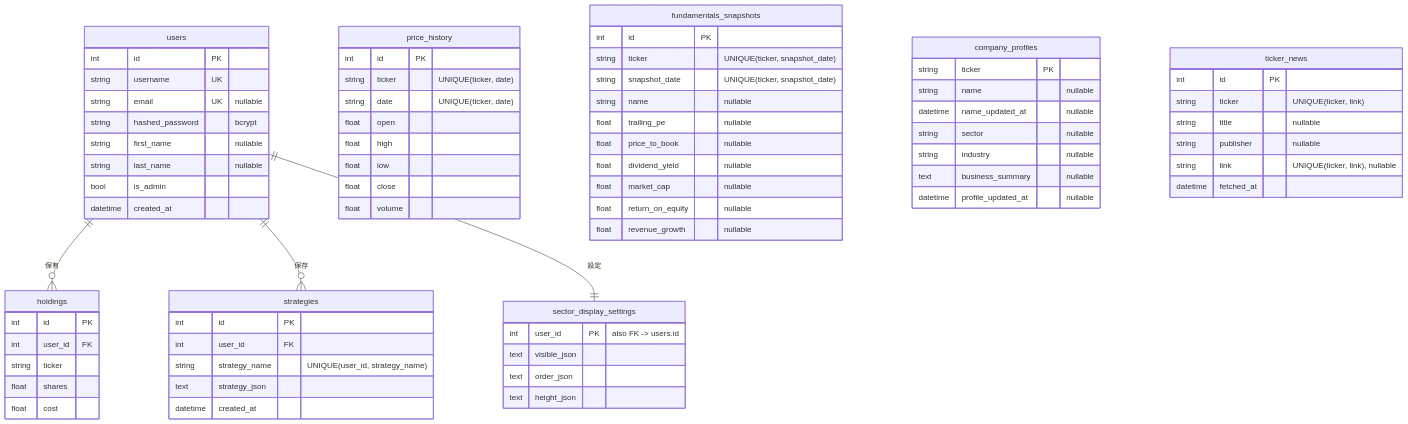
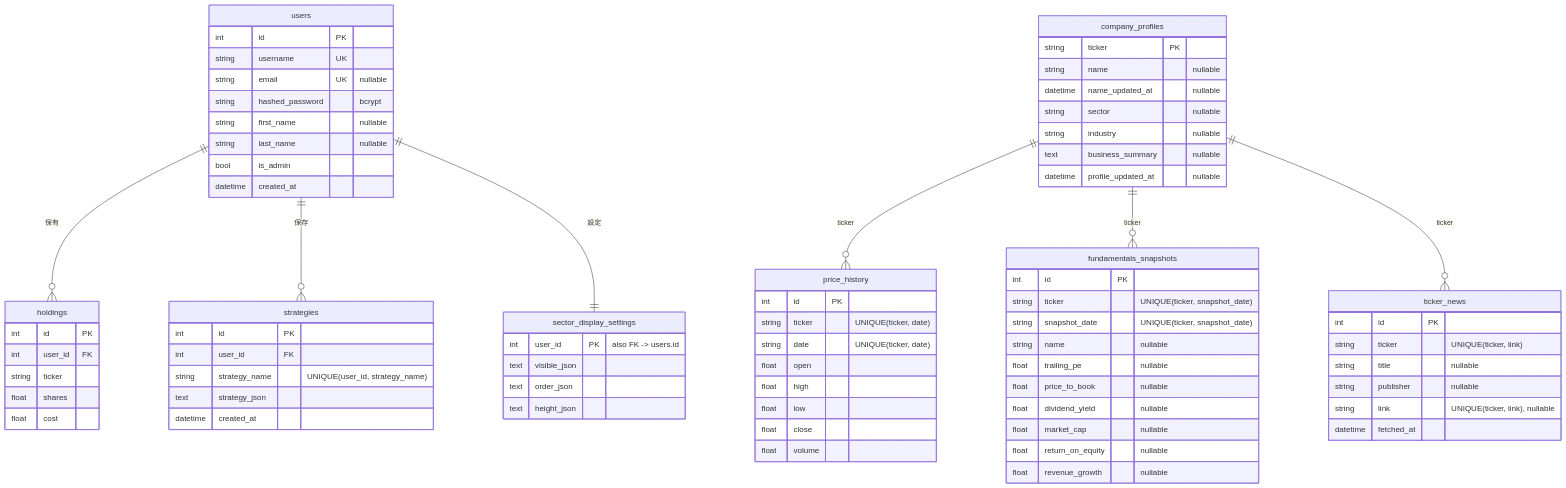
One commit to duwenji/ai-stock-investing-tutorial changed diagram 11 of 11 in app/docs/app-design.md. Above: the diagram before and after it, drawn with Mermaid. The commit also changed other lines of this file, not shown here.

Commit message:
docs: describe the company_profiles foreign key and its migration

````diff
--- a/app/docs/app-design.md
+++ b/app/docs/app-design.md
@@ -967,76 +967,79 @@
 ```mermaid
 erDiagram
     users ||--o{ holdings : "保有"
     users ||--o{ strategies : "保存"
     users ||--|| sector_display_settings : "設定"
+    company_profiles ||--o{ price_history : "ticker"
+    company_profiles ||--o{ fundamentals_snapshots : "ticker"
+    company_profiles ||--o{ ticker_news : "ticker"
 
     users {
         int id PK
         string username UK
         string email UK "nullable"
         string hashed_password "bcrypt"
         string first_name "nullable"
         string last_name "nullable"
         bool is_admin
         datetime created_at
     }
     holdings {
         int id PK
         int user_id FK
         string ticker
         float shares
         float cost
     }
     strategies {
         int id PK
         int user_id FK
         string strategy_name "UNIQUE(user_id, strategy_name)"
         text strategy_json
         datetime created_at
     }
     sector_display_settings {
         int user_id PK "also FK -> users.id"
         text visible_json
         text order_json
         text height_json
     }
     price_history {
         int id PK
         string ticker "UNIQUE(ticker, date)"
         string date "UNIQUE(ticker, date)"
         float open
         float high
         float low
         float close
         float volume
     }
     fundamentals_snapshots {
         int id PK
         string ticker "UNIQUE(ticker, snapshot_date)"
         string snapshot_date "UNIQUE(ticker, snapshot_date)"
         string name "nullable"
         float trailing_pe "nullable"
         float price_to_book "nullable"
         float dividend_yield "nullable"
         float market_cap "nullable"
         float return_on_equity "nullable"
         float revenue_growth "nullable"
     }
     company_profiles {
         string ticker PK
         string name "nullable"
         datetime name_updated_at "nullable"
         string sector "nullable"
         string industry "nullable"
         text business_summary "nullable"
         datetime profile_updated_at "nullable"
     }
     ticker_news {
         int id PK
         string ticker "UNIQUE(ticker, link)"
         string title "nullable"
         string publisher "nullable"
         string link "UNIQUE(ticker, link), nullable"
         datetime fetched_at
     }
 ```
````
